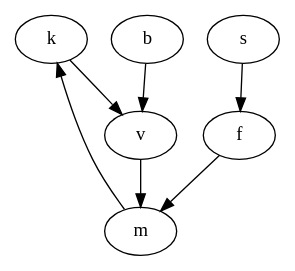
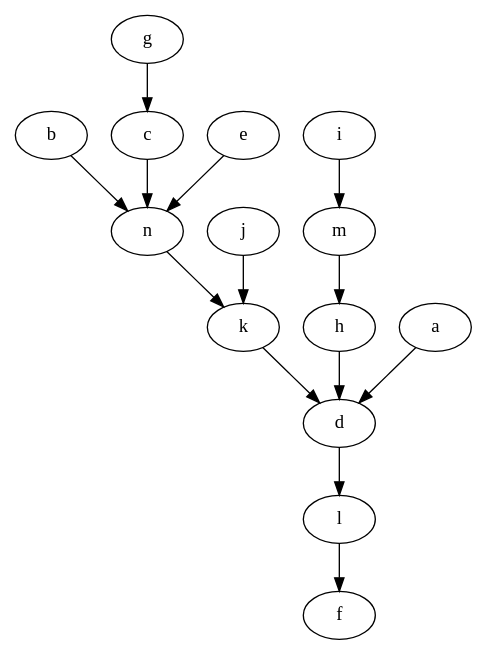
One commit to ClayDowling/llintersections changed the diagram in samples/graphB.gv. Above: the diagram before and after it, drawn with Graphviz. The commit also changed 23 other files, not shown here.

```diff
--- a/samples/graphB.gv
+++ b/samples/graphB.gv
@@ -1,8 +1,15 @@
 digraph intersection {
-  k -> v
-  m -> k
-  s -> f
-  v -> m
-  b -> v
-  f -> m
+  b -> n
+  h -> d
+  j -> k
+  l -> f
+  i -> m
+  d -> l
+  k -> d
+  c -> n
+  e -> n
+  m -> h
+  n -> k
+  a -> d
+  g -> c
 }
```
